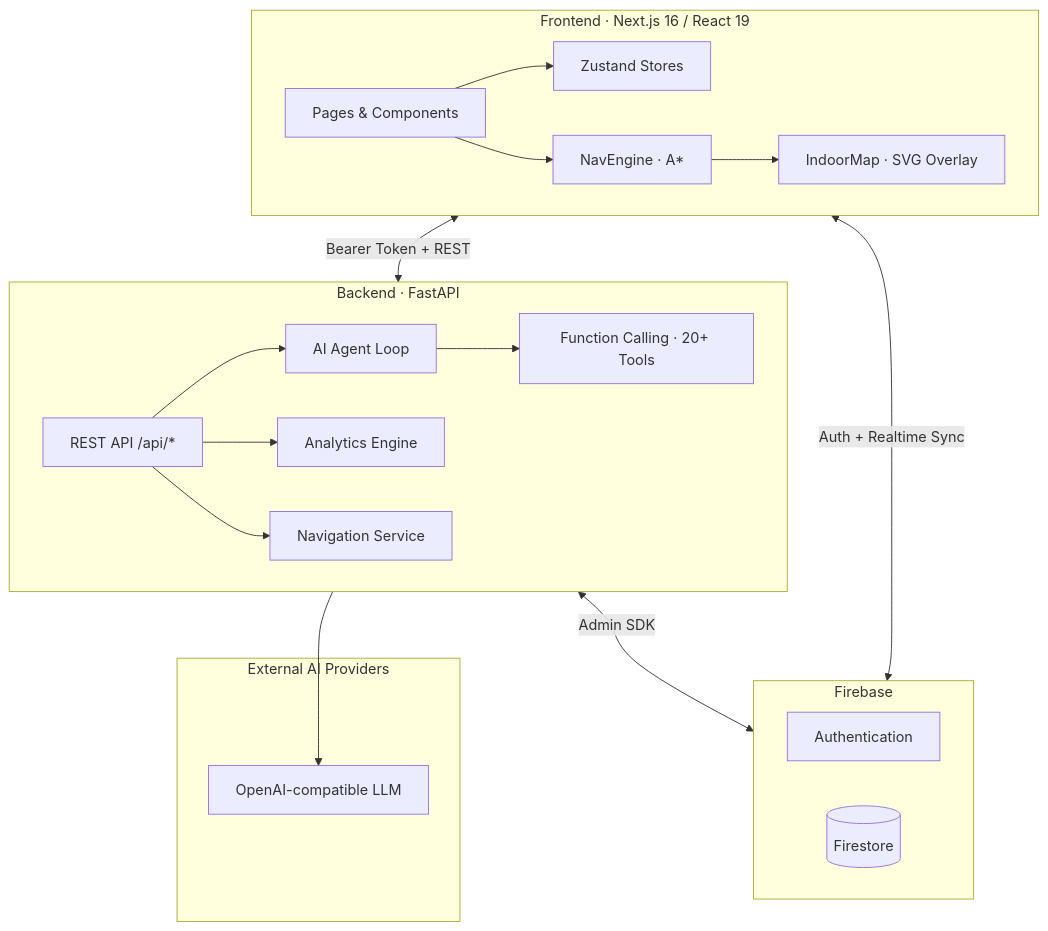
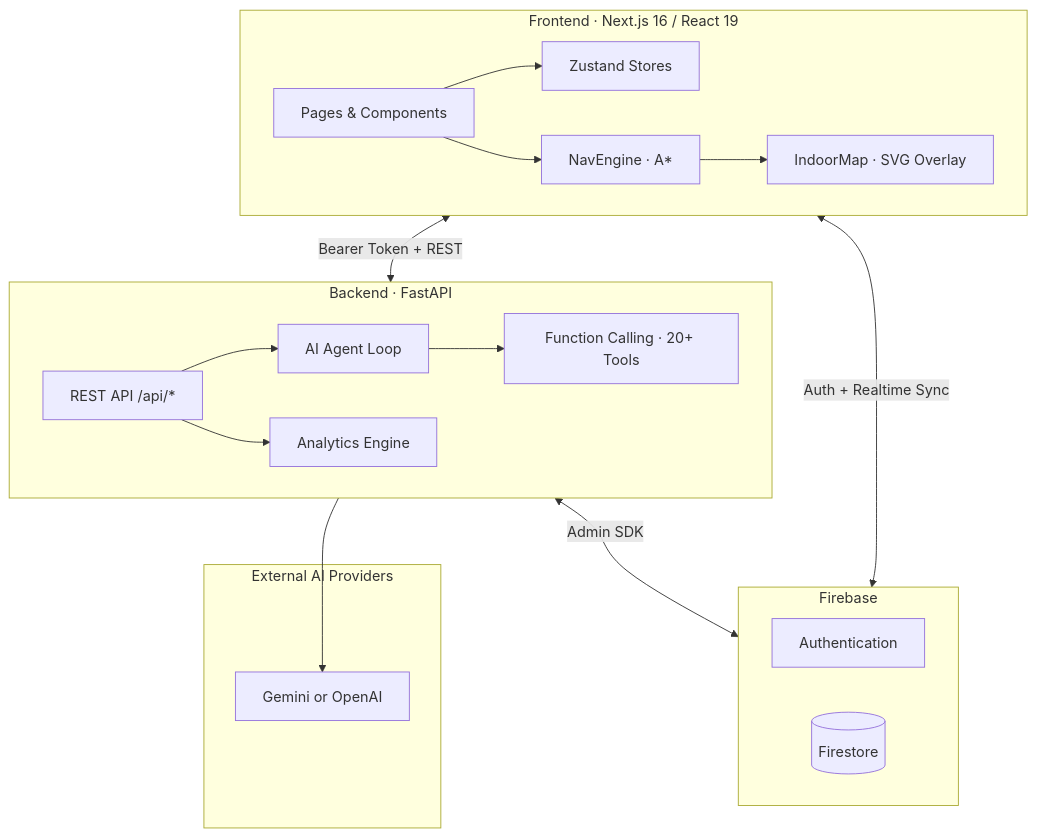
The diagram in README.md (ALM3SHI/faten), drawn with Mermaid before and after one commit. The commit also changed other lines of this file and 27 other files, not shown here.

````diff
--- a/README.md
+++ b/README.md
@@ -62,38 +62,36 @@
 ```mermaid
 flowchart TB
     subgraph Client["Frontend · Next.js 16 / React 19"]
         UI[Pages & Components]
         Stores[Zustand Stores]
         NavEngine[NavEngine · A*]
         IndoorMap[IndoorMap · SVG Overlay]
         UI --> Stores
         UI --> NavEngine
         NavEngine --> IndoorMap
     end
 
     subgraph Backend["Backend · FastAPI"]
         API[REST API /api/*]
         Agent[AI Agent Loop]
         Tools[Function Calling · 20+ Tools]
         Analytics[Analytics Engine]
-        NavSvc[Navigation Service]
         API --> Agent
         Agent --> Tools
         API --> Analytics
-        API --> NavSvc
     end
 
     subgraph Cloud["Firebase"]
         Auth[Authentication]
         FS[(Firestore)]
     end
 
     subgraph AI["External AI Providers"]
-        OpenAI[OpenAI-compatible LLM]
+        OpenAI[Gemini or OpenAI]
     end
 
     Client <-->|Bearer Token + REST| Backend
     Client <-->|Auth + Realtime Sync| Cloud
     Backend <-->|Admin SDK| Cloud
     Backend --> OpenAI
 ```
````
